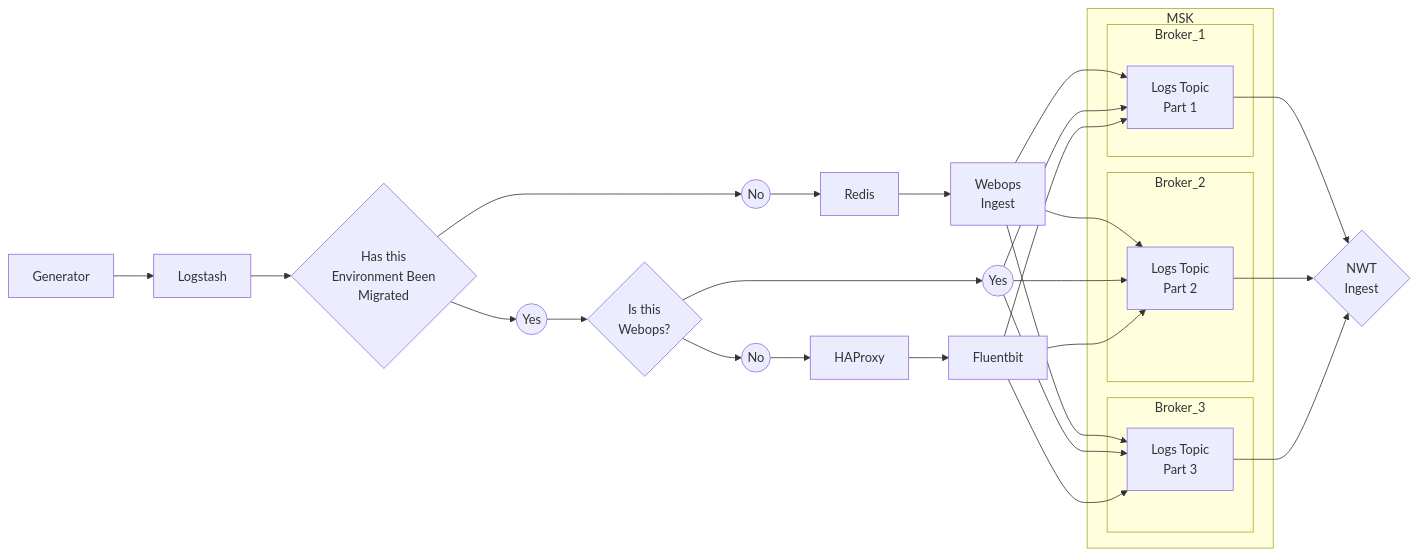
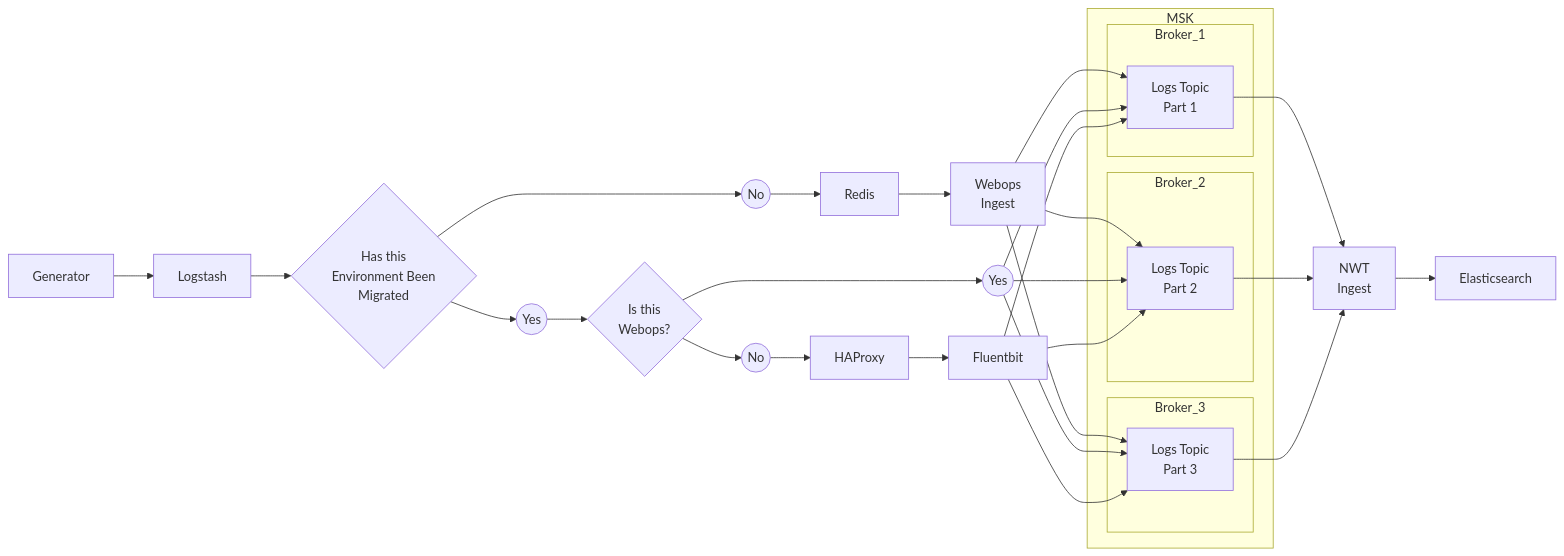
Before and after one commit to Saskia-MDTP/can-hedgehogs-fly: the second of 2 diagrams in README.md, drawn with Mermaid.

````diff
--- a/README.md
+++ b/README.md
@@ -15,36 +15,37 @@
 ```mermaid
   graph LR;
       subgraph MSK
           subgraph Broker_1
               P1[Logs Topic<br/>Part 1];
            end
           subgraph Broker_2
               P2[Logs Topic<br/>Part 2];
            end
           subgraph Broker_3
               P3[Logs Topic<br/>Part 3];
            end
        end
    Generator-->Logstash;
    Logstash-->Q1{Has this<br/>Environment Been<br/>Migrated};
    Q1-->Y1((Yes));
    Q1-->N1((No));
    N1-->Redis-->I1[Webops<br/>Ingest];
    I1-->P1;
    I1-->P2;
    I1-->P3;
    Y1-->Q2{Is this<br/>Webops?};
    Q2-->Y2((Yes));
    Q2-->N2((No));
    Y2-->P1;
    Y2-->P2;
    Y2-->P3;
    N2-->HAProxy-->Fluentbit;
    Fluentbit-->P1;
    Fluentbit-->P2;
    Fluentbit-->P3;
-   I2{NWT<br/>Ingest};
+   I2[NWT<br/>Ingest];
    P1-->I2;
    P2-->I2;
    P3-->I2;
+   I2-->Elasticsearch;
 ```
````
